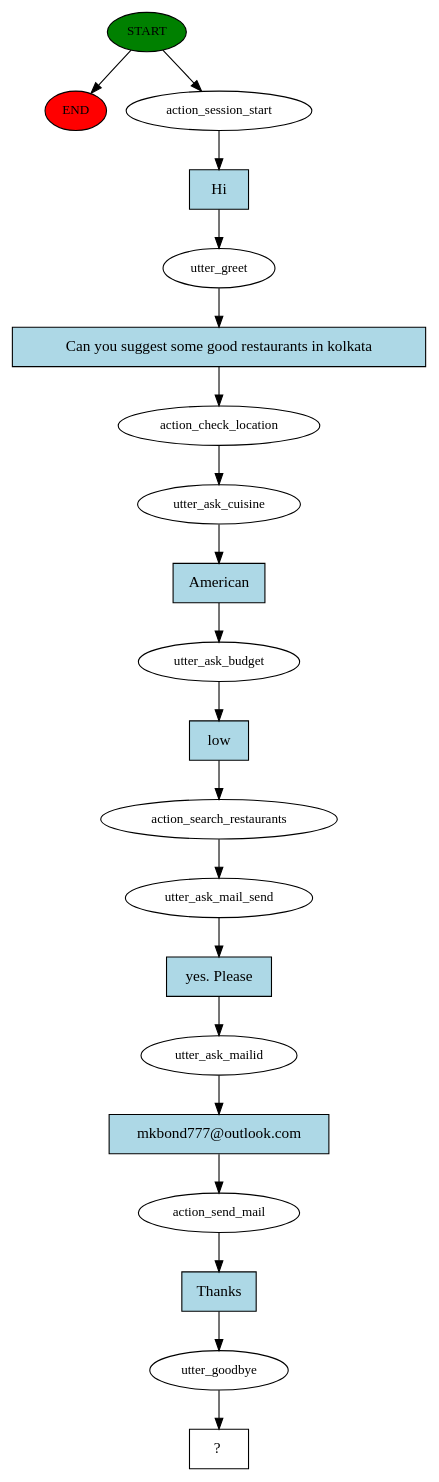
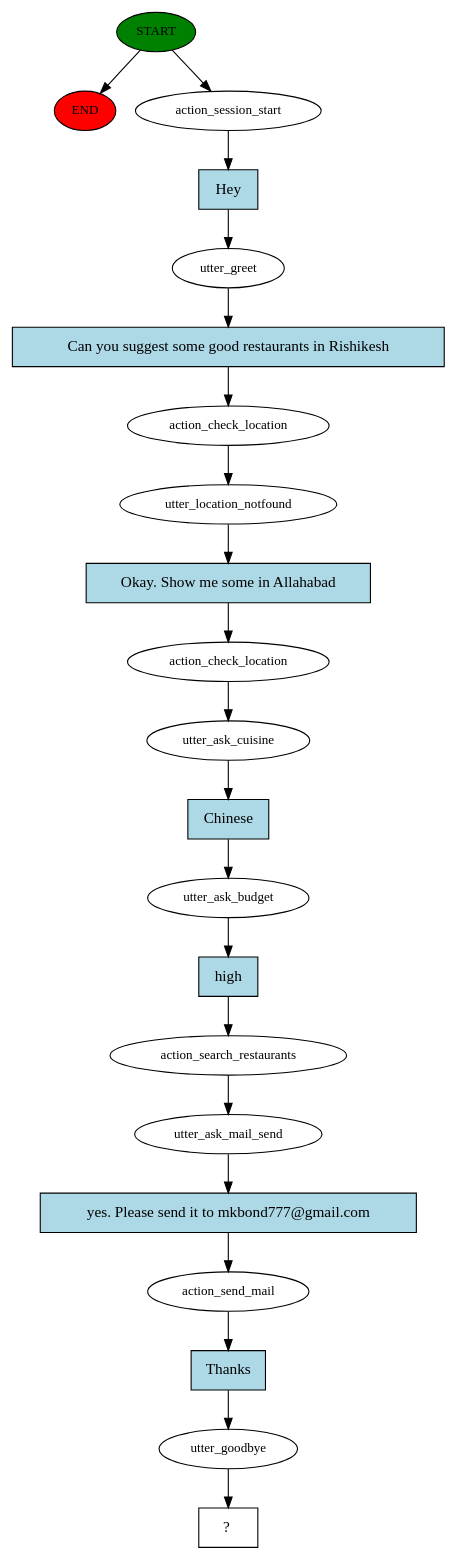
The diagram in story_graph.dot (mkbond777/rasa_restaurant_search), drawn with Graphviz before and after one commit. The commit also changed 4 other files, not shown here.

```diff
--- a/story_graph.dot
+++ b/story_graph.dot
@@ -1,41 +1,43 @@
 digraph  {
 0 [class="start active", fillcolor=green, fontsize=12, label=START, style=filled];
 "-1" [class=end, fillcolor=red, fontsize=12, label=END, style=filled];
 1 [class=active, fontsize=12, label=action_session_start];
 2 [class=active, fontsize=12, label=utter_greet];
 3 [class=active, fontsize=12, label=action_check_location];
-4 [class=active, fontsize=12, label=utter_ask_cuisine];
-5 [class=active, fontsize=12, label=utter_ask_budget];
-6 [class=active, fontsize=12, label=action_search_restaurants];
-7 [class=active, fontsize=12, label=utter_ask_mail_send];
-8 [class=active, fontsize=12, label=utter_ask_mailid];
-9 [class=active, fontsize=12, label=action_send_mail];
-10 [class=active, fontsize=12, label=utter_goodbye];
-11 [class="intent dashed active", label="  ?  ", shape=rect];
-12 [class="intent active", fillcolor=lightblue, label=Hi, shape=rect, style=filled];
-13 [class="intent active", fillcolor=lightblue, label="Can you suggest some good restaurants in kolkata", shape=rect, style=filled];
-14 [class="intent active", fillcolor=lightblue, label=American, shape=rect, style=filled];
-15 [class="intent active", fillcolor=lightblue, label=low, shape=rect, style=filled];
-16 [class="intent active", fillcolor=lightblue, label="yes. Please", shape=rect, style=filled];
-17 [class="intent active", fillcolor=lightblue, label="mkbond777@outlook.com", shape=rect, style=filled];
-18 [class="intent active", fillcolor=lightblue, label=Thanks, shape=rect, style=filled];
+4 [class=active, fontsize=12, label=utter_location_notfound];
+5 [class=active, fontsize=12, label=action_check_location];
+6 [class=active, fontsize=12, label=utter_ask_cuisine];
+7 [class=active, fontsize=12, label=utter_ask_budget];
+8 [class=active, fontsize=12, label=action_search_restaurants];
+9 [class=active, fontsize=12, label=utter_ask_mail_send];
+10 [class=active, fontsize=12, label=action_send_mail];
+11 [class=active, fontsize=12, label=utter_goodbye];
+12 [class="intent dashed active", label="  ?  ", shape=rect];
+13 [class="intent active", fillcolor=lightblue, label=Hey, shape=rect, style=filled];
+14 [class="intent active", fillcolor=lightblue, label="Can you suggest some good restaurants in Rishikesh", shape=rect, style=filled];
+15 [class="intent active", fillcolor=lightblue, label="Okay. Show me some in Allahabad", shape=rect, style=filled];
+16 [class="intent active", fillcolor=lightblue, label=Chinese, shape=rect, style=filled];
+17 [class="intent active", fillcolor=lightblue, label=high, shape=rect, style=filled];
+18 [class="intent active", fillcolor=lightblue, label="yes. Please send it to mkbond777@gmail.com", shape=rect, style=filled];
+19 [class="intent active", fillcolor=lightblue, label=Thanks, shape=rect, style=filled];
 0 -> "-1"  [class="", key=NONE, label=""];
 0 -> 1  [class=active, key=NONE, label=""];
-1 -> 12  [class=active, key=0];
-2 -> 13  [class=active, key=0];
+1 -> 13  [class=active, key=0];
+2 -> 14  [class=active, key=0];
 3 -> 4  [class=active, key=NONE, label=""];
-4 -> 14  [class=active, key=0];
-5 -> 15  [class=active, key=0];
-6 -> 7  [class=active, key=NONE, label=""];
-7 -> 16  [class=active, key=0];
-8 -> 17  [class=active, key=0];
+4 -> 15  [class=active, key=0];
+5 -> 6  [class=active, key=NONE, label=""];
+6 -> 16  [class=active, key=0];
+7 -> 17  [class=active, key=0];
+8 -> 9  [class=active, key=NONE, label=""];
 9 -> 18  [class=active, key=0];
-10 -> 11  [class=active, key=NONE, label=""];
-12 -> 2  [class=active, key=0];
-13 -> 3  [class=active, key=0];
-14 -> 5  [class=active, key=0];
-15 -> 6  [class=active, key=0];
-16 -> 8  [class=active, key=0];
-17 -> 9  [class=active, key=0];
+10 -> 19  [class=active, key=0];
+11 -> 12  [class=active, key=NONE, label=""];
+13 -> 2  [class=active, key=0];
+14 -> 3  [class=active, key=0];
+15 -> 5  [class=active, key=0];
+16 -> 7  [class=active, key=0];
+17 -> 8  [class=active, key=0];
 18 -> 10  [class=active, key=0];
+19 -> 11  [class=active, key=0];
 }
```
